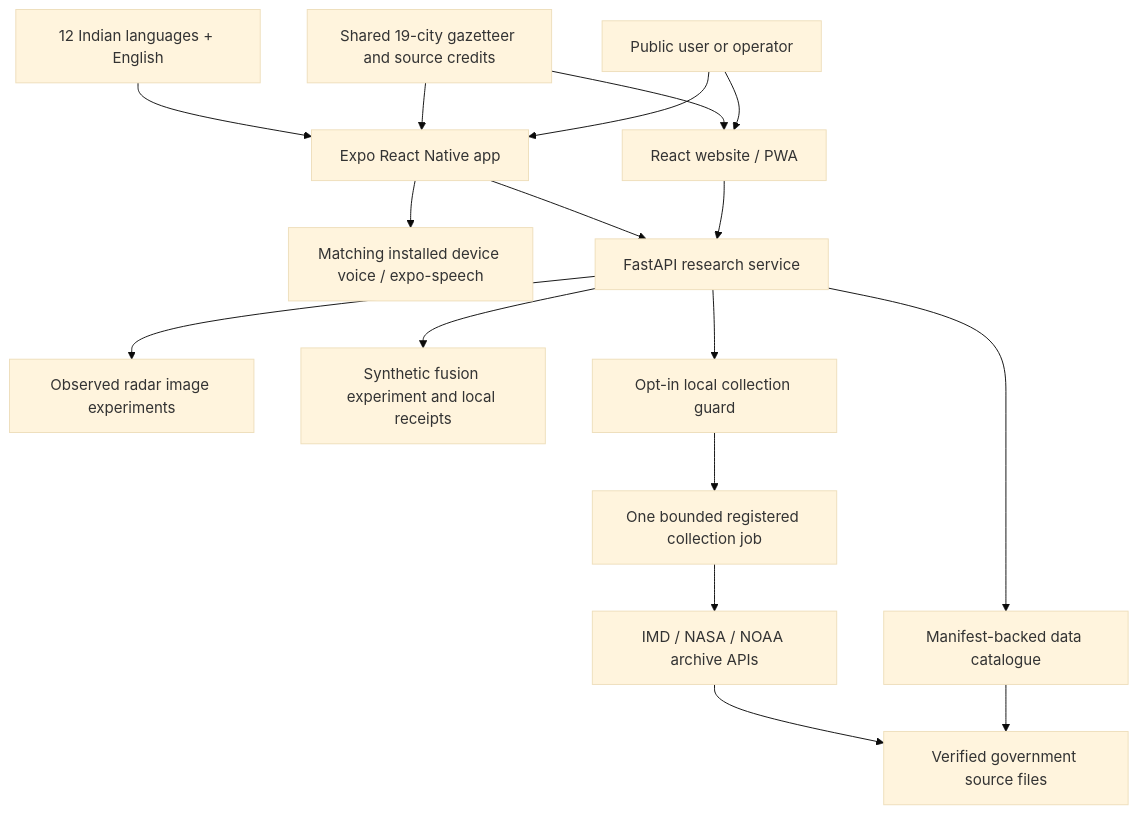
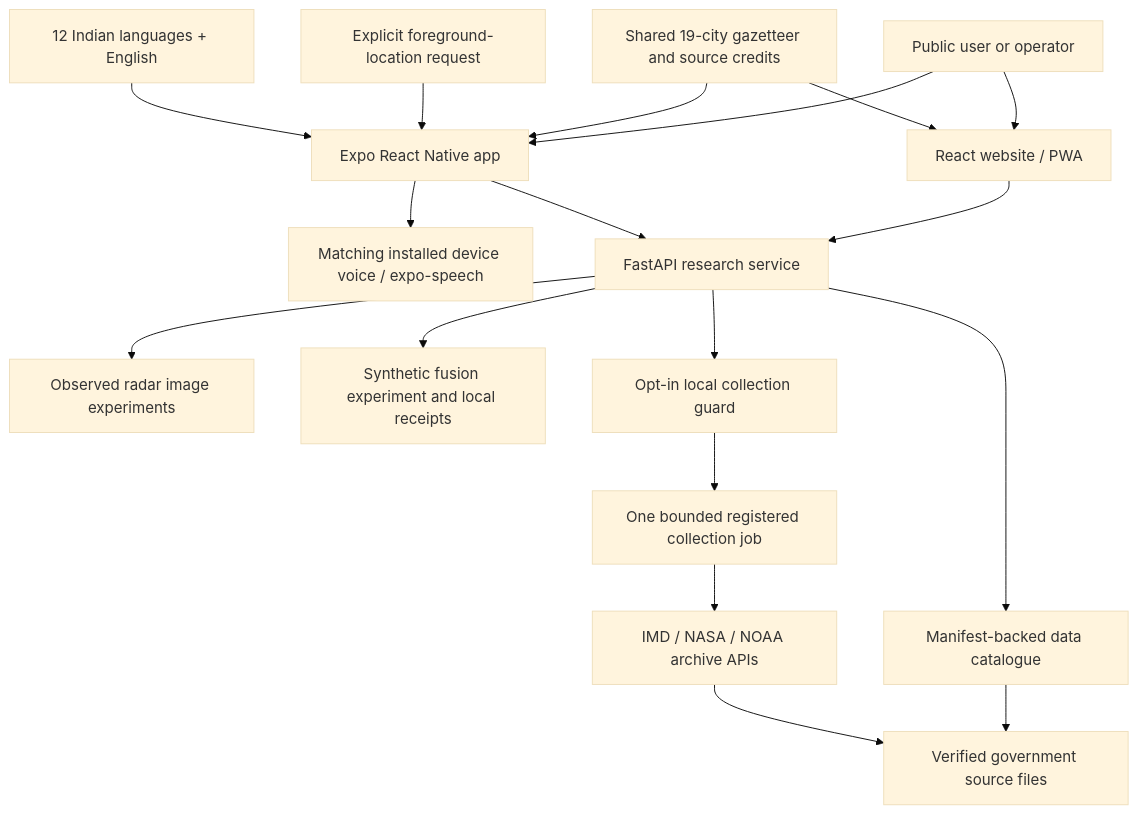
Before and after one commit to omansharora5/ps_2: the first of 3 diagrams in docs/IMPLEMENTED_SYSTEM.md, drawn with Mermaid (base theme). The commit also changed other lines of this file and 34 other files, not shown here.

````diff
--- a/docs/IMPLEMENTED_SYSTEM.md
+++ b/docs/IMPLEMENTED_SYSTEM.md
@@ -7,19 +7,20 @@
 ```mermaid
 flowchart TD
     Person[Public user or operator] --> Web[React website / PWA]
     Person --> Native[Expo React Native app]
     Places[Shared 19-city gazetteer and source credits] --> Web
     Places --> Native
+    GPS[Explicit foreground-location request] --> Native
     Locales[12 Indian languages + English] --> Native
     Native --> Speech[Matching installed device voice / expo-speech]
     Web --> API[FastAPI research service]
     Native --> API
     API --> Images[Observed radar image experiments]
     API --> Simulation[Synthetic fusion experiment and local receipts]
     API --> Catalog[Manifest-backed data catalogue]
     Catalog --> Files[Verified government source files]
     API --> Guard[Opt-in local collection guard]
     Guard --> Queue[One bounded registered collection job]
     Queue --> Providers[IMD / NASA / NOAA archive APIs]
     Providers --> Files
 ```
````
